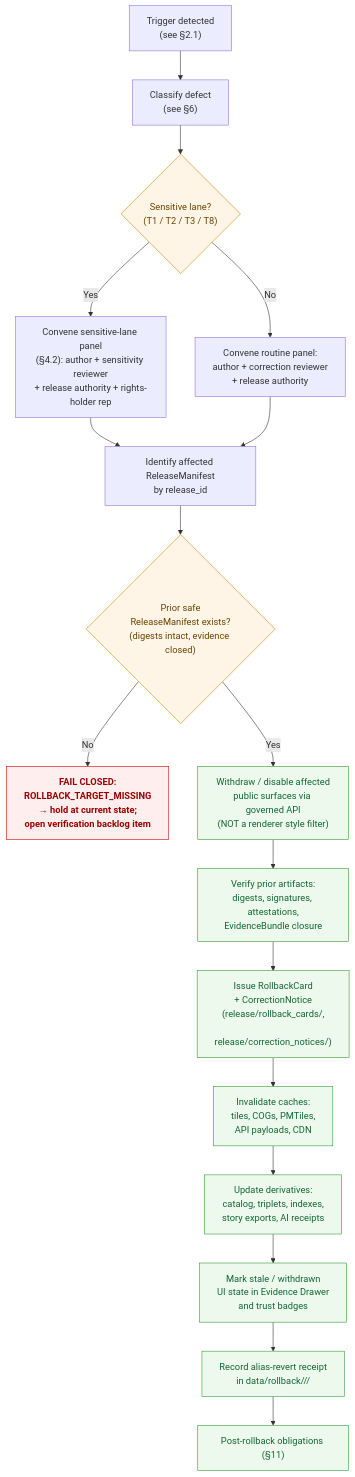
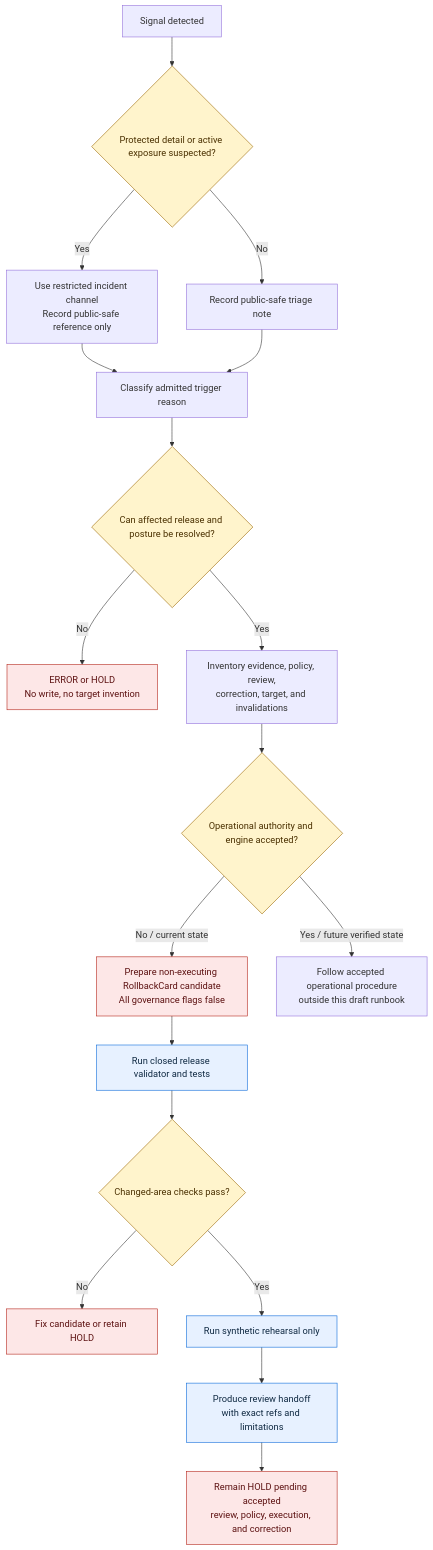
The diagram in docs/runbooks/archaeology/ROLLBACK_RUNBOOK.md (bartytime4life/Kansas-Frontier-Matrix), drawn with Mermaid before and after one commit. The commit also changed other lines of this file, not shown here.

Commit message:
docs(archaeology): ground rollback runbook in current controls

````diff
--- a/docs/runbooks/archaeology/ROLLBACK_RUNBOOK.md
+++ b/docs/runbooks/archaeology/ROLLBACK_RUNBOOK.md
@@ -171,26 +315,27 @@
 ```mermaid
 flowchart TD
-  A["Trigger detected\n(see §2.1)"] --> B["Classify defect\n(see §6)"]
-  B --> C{"Sensitive lane?\n(T1 / T2 / T3 / T8)"}
-  C -- "Yes" --> D["Convene sensitive-lane panel\n(§4.2): author + sensitivity reviewer\n+ release authority + rights-holder rep"]
-  C -- "No"  --> E["Convene routine panel:\nauthor + correction reviewer\n+ release authority"]
-  D --> F["Identify affected ReleaseManifest\nby release_id"]
-  E --> F
-  F --> G{"Prior safe\nReleaseManifest exists?\n(digests intact, evidence closed)"}
-  G -- "No" --> H["FAIL CLOSED:\nROLLBACK_TARGET_MISSING\n→ hold at current state;\nopen verification backlog item"]
-  G -- "Yes" --> I["Withdraw / disable affected\npublic surfaces via governed API\n(NOT a renderer style filter)"]
-  I --> J["Verify prior artifacts:\ndigests, signatures, attestations,\nEvidenceBundle closure"]
-  J --> K["Issue RollbackCard\n+ CorrectionNotice\n(release/rollback_cards/,\n release/correction_notices/)"]
-  K --> L["Invalidate caches:\ntiles, COGs, PMTiles,\nAPI payloads, CDN"]
-  L --> M["Update derivatives:\ncatalog, triplets, indexes,\nstory exports, AI receipts"]
-  M --> N["Mark stale / withdrawn\nUI state in Evidence Drawer\nand trust badges"]
-  N --> O["Record alias-revert receipt\nin data/rollback/<domain>/<release_id>/"]
-  O --> P["Post-rollback obligations (§11)"]
+  A[Signal detected] --> B{Protected detail or active exposure suspected?}
+  B -- Yes --> C[Use restricted incident channel\nRecord public-safe reference only]
+  B -- No --> D[Record public-safe triage note]
+  C --> E[Classify admitted trigger reason]
+  D --> E
+  E --> F{Can affected release and posture be resolved?}
+  F -- No --> G[ERROR or HOLD\nNo write, no target invention]
+  F -- Yes --> H[Inventory evidence, policy, review,\ncorrection, target, and invalidations]
+  H --> I{Operational authority and engine accepted?}
+  I -- No / current state --> J[Prepare non-executing RollbackCard candidate\nAll governance flags false]
+  I -- Yes / future verified state --> K[Follow accepted operational procedure\noutside this draft runbook]
+  J --> L[Run closed release validator and tests]
+  L --> M{Changed-area checks pass?}
+  M -- No --> N[Fix candidate or retain HOLD]
+  M -- Yes --> O[Run synthetic rehearsal only]
+  O --> P[Produce review handoff\nwith exact refs and limitations]
+  P --> Q[Remain HOLD pending accepted\nreview, policy, execution, and correction]
 
-  classDef fail fill:#fee,stroke:#c00,color:#900,font-weight:bold;
-  classDef gate fill:#fff5e6,stroke:#c80,color:#640;
-  classDef ok fill:#eef9ee,stroke:#393,color:#163;
-  class H fail
-  class C,G gate
-  class I,J,K,L,M,N,O,P ok
+  classDef hold fill:#fde7e7,stroke:#b42318,color:#5c1111;
+  classDef proof fill:#e7f1ff,stroke:#0969da,color:#102a43;
+  classDef gate fill:#fff4cc,stroke:#9a6700,color:#4a3000;
+  class G,J,N,Q hold;
+  class L,O,P proof;
+  class B,F,I,M gate;
 ```
````
